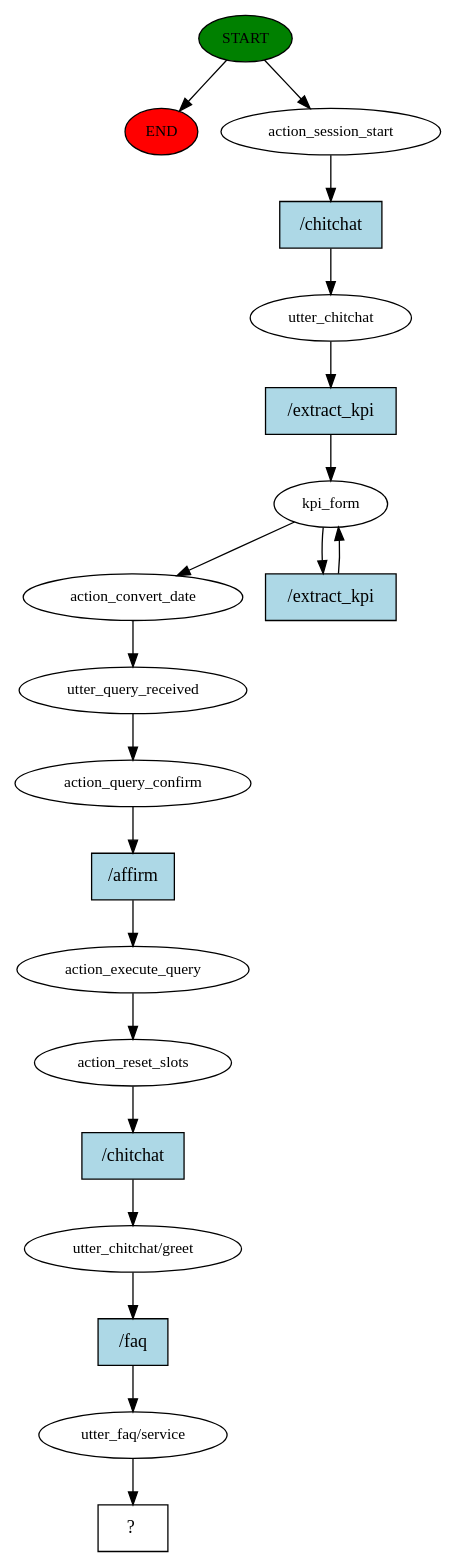
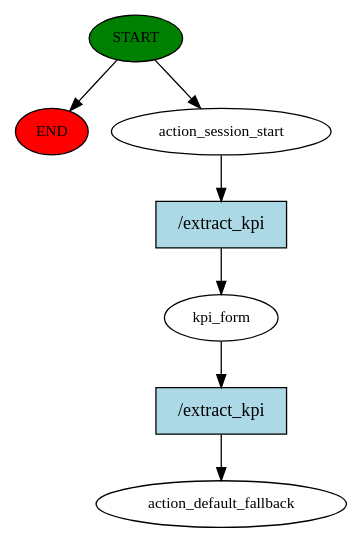
The diagram in story_graph.dot (yuqiong11/kpichat), drawn with Graphviz before and after one commit. The commit also changed 9 other files, not shown here.

```diff
--- a/story_graph.dot
+++ b/story_graph.dot
@@ -1,40 +1,15 @@
 digraph  {
 0 [class="start active", fillcolor=green, fontsize=12, label=START, style=filled];
 "-1" [class=end, fillcolor=red, fontsize=12, label=END, style=filled];
 1 [class=active, fontsize=12, label=action_session_start];
-2 [class=active, fontsize=12, label=utter_chitchat];
-3 [class=active, fontsize=12, label=kpi_form];
-5 [class=active, fontsize=12, label=action_convert_date];
-6 [class=active, fontsize=12, label=utter_query_received];
-7 [class=active, fontsize=12, label=action_query_confirm];
-8 [class=active, fontsize=12, label=action_execute_query];
-9 [class=active, fontsize=12, label=action_reset_slots];
-10 [class=active, fontsize=12, label="utter_chitchat/greet"];
-11 [class=active, fontsize=12, label="utter_faq/service"];
-12 [class="intent dashed active", label="  ?  ", shape=rect];
-13 [class="intent active", fillcolor=lightblue, label="/chitchat", shape=rect, style=filled];
-14 [class="intent active", fillcolor=lightblue, label="/extract_kpi", shape=rect, style=filled];
-15 [class="intent active", fillcolor=lightblue, label="/extract_kpi", shape=rect, style=filled];
-16 [class="intent active", fillcolor=lightblue, label="/affirm", shape=rect, style=filled];
-17 [class="intent active", fillcolor=lightblue, label="/chitchat", shape=rect, style=filled];
-18 [class="intent active", fillcolor=lightblue, label="/faq", shape=rect, style=filled];
+2 [class=active, fontsize=12, label=kpi_form];
+3 [class="dashed active", fontsize=12, label=action_default_fallback];
+4 [class="intent active", fillcolor=lightblue, label="/extract_kpi", shape=rect, style=filled];
+5 [class="intent active", fillcolor=lightblue, label="/extract_kpi", shape=rect, style=filled];
 0 -> "-1"  [class="", key=NONE, label=""];
 0 -> 1  [class=active, key=NONE, label=""];
-1 -> 13  [class=active, key=0];
-2 -> 14  [class=active, key=0];
-3 -> 5  [class=active, key=NONE, label=""];
-3 -> 15  [class=active, key=0];
-5 -> 6  [class=active, key=NONE, label=""];
-6 -> 7  [class=active, key=NONE, label=""];
-7 -> 16  [class=active, key=0];
-8 -> 9  [class=active, key=NONE, label=""];
-9 -> 17  [class=active, key=0];
-10 -> 18  [class=active, key=0];
-11 -> 12  [class=active, key=NONE, label=""];
-13 -> 2  [class=active, key=0];
-14 -> 3  [class=active, key=0];
-15 -> 3  [class=active, key=0];
-16 -> 8  [class=active, key=0];
-17 -> 10  [class=active, key=0];
-18 -> 11  [class=active, key=0];
+1 -> 4  [class=active, key=0];
+2 -> 5  [class=active, key=0];
+4 -> 2  [class=active, key=0];
+5 -> 3  [class=active, key=0];
 }
```
